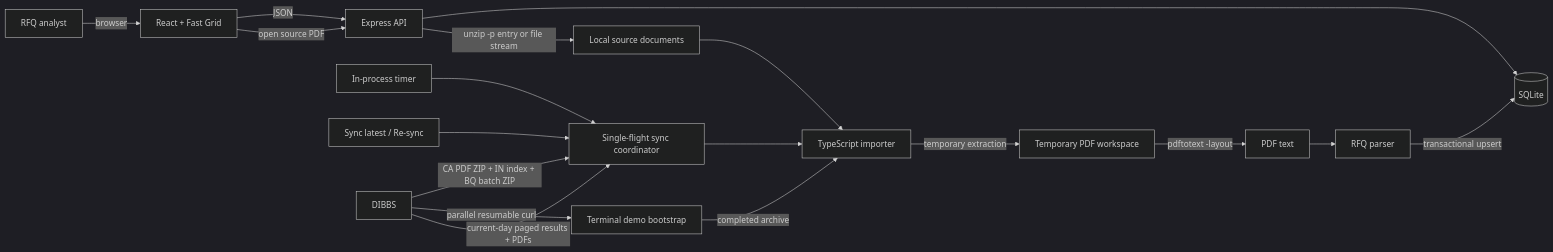
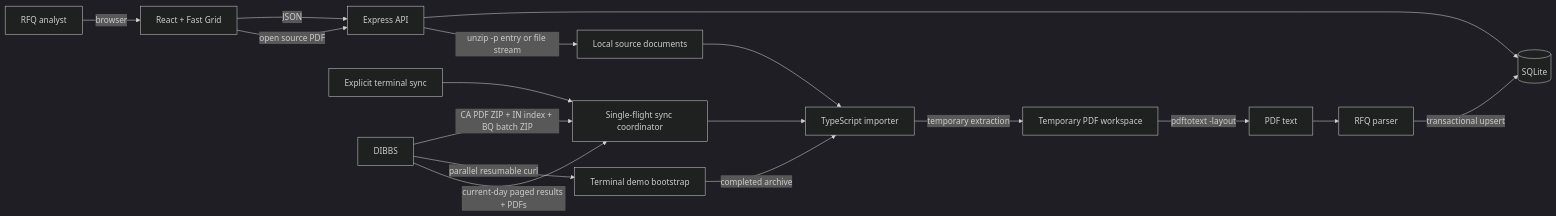
Before and after one commit to evanreilly/salespatriot: the first of 3 diagrams in docs/ARCHITECTURE.md, drawn with Mermaid (dark theme). The commit also changed other lines of this file and 9 other files, not shown here.

````diff
--- a/docs/ARCHITECTURE.md
+++ b/docs/ARCHITECTURE.md
@@ -20,21 +20,20 @@
 ```mermaid
 flowchart LR
     User[RFQ analyst] -->|browser| UI[React + Fast Grid]
     UI -->|JSON| API[Express API]
     API --> DB[(SQLite)]
     UI -->|open source PDF| API
     API -->|unzip -p entry or file stream| Docs[Local source documents]
 
-    Timer[In-process timer] --> Coordinator[Single-flight sync coordinator]
-    Buttons[Sync latest / Re-sync] --> Coordinator
+    CLI[Explicit terminal sync] --> Coordinator[Single-flight sync coordinator]
     Bootstrap[Terminal demo bootstrap] -->|completed archive| Importer
     DIBBS[DIBBS] -->|CA PDF ZIP + IN index + BQ batch ZIP| Coordinator
     DIBBS -->|parallel resumable curl| Bootstrap
     DIBBS -->|current-day paged results + PDFs| Coordinator
     Coordinator --> Importer[TypeScript importer]
     Docs --> Importer
     Importer -->|temporary extraction| Temp[Temporary PDF workspace]
     Temp -->|pdftotext -layout| Text[PDF text]
     Text --> Parser[RFQ parser]
     Parser -->|transactional upsert| DB
 ```
````
